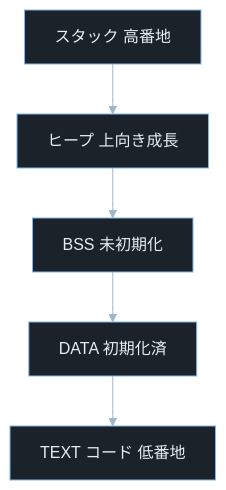
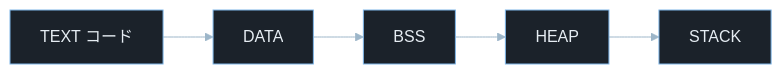
Before and after one commit to Omni-lab26/recon0x-content: the first of 2 diagrams in articles/memory-model/index.md, drawn with Mermaid. The commit also changed other lines of this file and 3 other files, not shown here.

````diff
--- a/articles/memory-model/index.md
+++ b/articles/memory-model/index.md
@@ -52,8 +57,8 @@
 ```mermaid
 %%{init: {"theme":"base","themeVariables":{"background":"#0b1117","primaryColor":"#1b222a","primaryBorderColor":"#7fb6e8","primaryTextColor":"#e6edf3","lineColor":"#9db6c9","secondaryColor":"#111827","tertiaryColor":"#0b1117"}}}%%
-flowchart TD
-    A[スタック 高番地] --> B[ヒープ 上向き成長]
-    B --> C[BSS 未初期化]
-    C --> D[DATA 初期化済]
-    D --> E[TEXT コード 低番地]
+flowchart LR
+    A[TEXT コード] --> B[DATA]
+    B --> C[BSS]
+    C --> D[HEAP]
+    D --> E[STACK]
 ```
````
